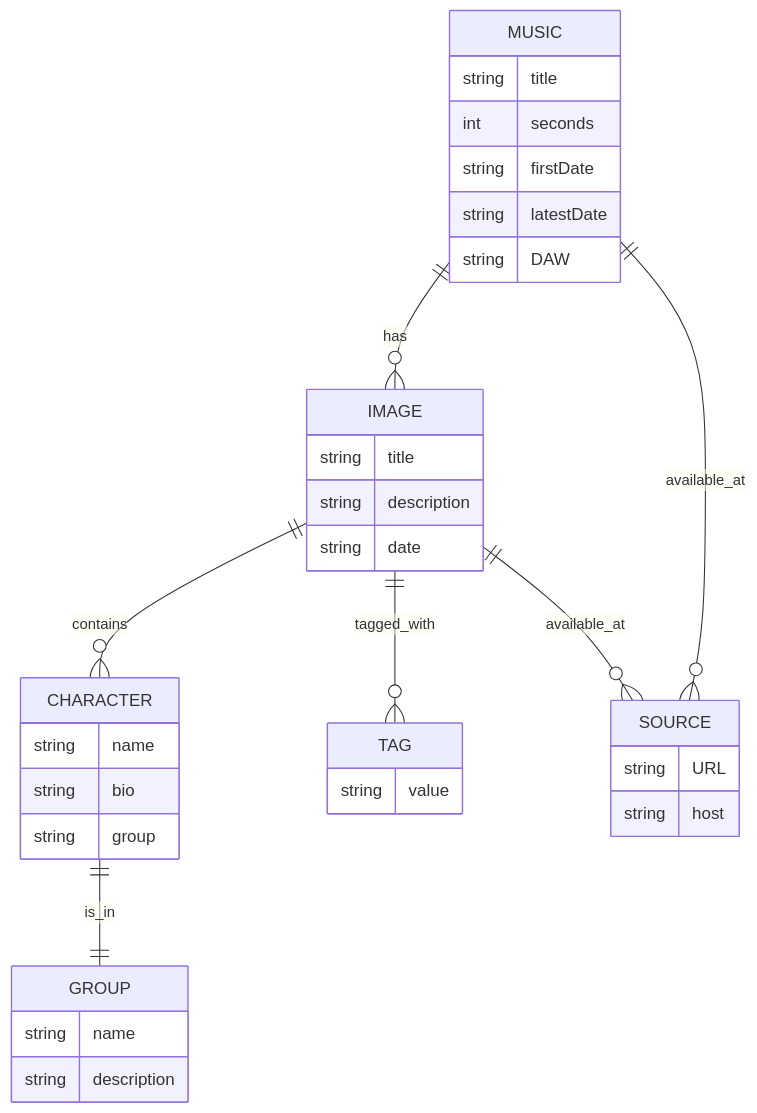
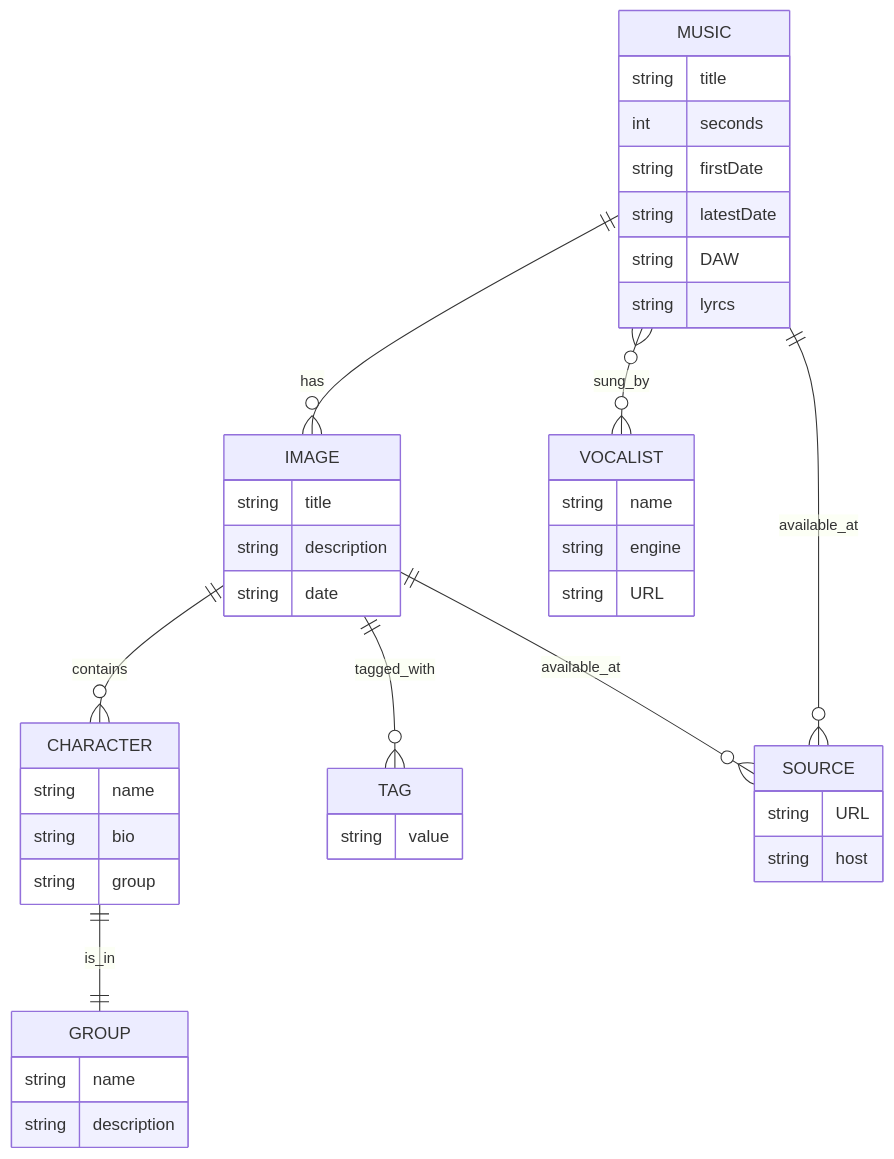
Before and after one commit to nora-hansen/nure-db: the diagram in er-diagram.md, drawn with Mermaid.

Commit message:
Changes to ER diagram

`````diff
--- a/er-diagram.md
+++ b/er-diagram.md
@@ -1,40 +1,47 @@
 ````mermaid
 ---
 ER diagram test
 ---
 erDiagram
     IMAGE ||--o{ CHARACTER : contains
     IMAGE ||--o{ TAG : tagged_with
     IMAGE ||--o{ SOURCE : available_at
     IMAGE {
         string title
         string description
         string date
     }
     CHARACTER ||--|| GROUP : is_in
     CHARACTER {
         string name
         string bio
         string group
     }
     TAG {
         string value
     }
     GROUP {
         string name
         string description
     }
     MUSIC ||--o{ IMAGE : has
     MUSIC ||--o{ SOURCE : available_at
+    MUSIC }o--o{ VOCALIST : sung_by
     MUSIC {
         string title
         int seconds
         string firstDate
         string latestDate
         string DAW
+        string lyrcs
     }
     SOURCE {
         string URL
         string host
     }
+    VOCALIST {
+        string name
+        string engine
+        string URL
+    }
 ````
`````
